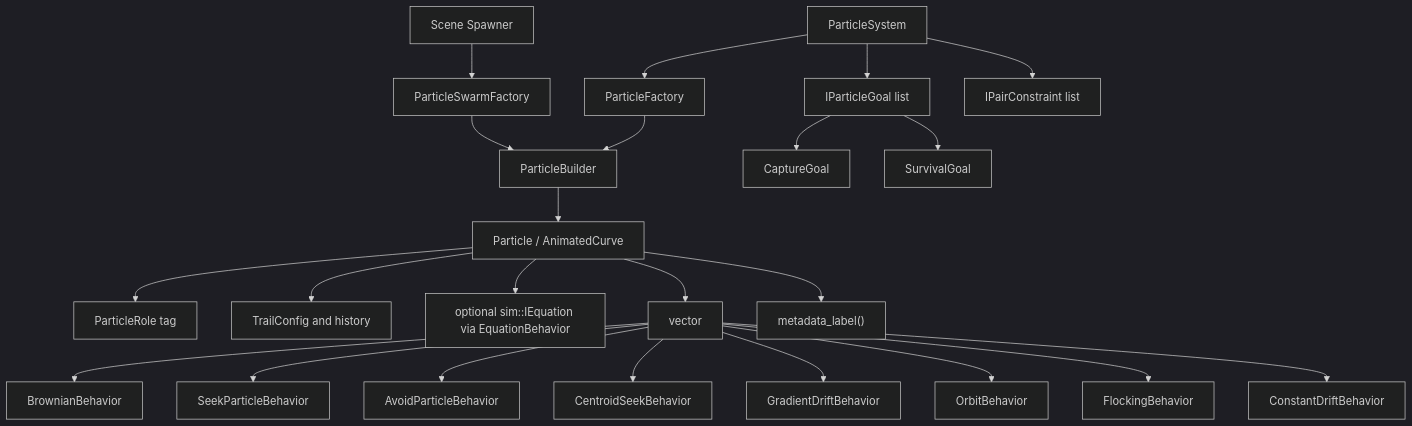
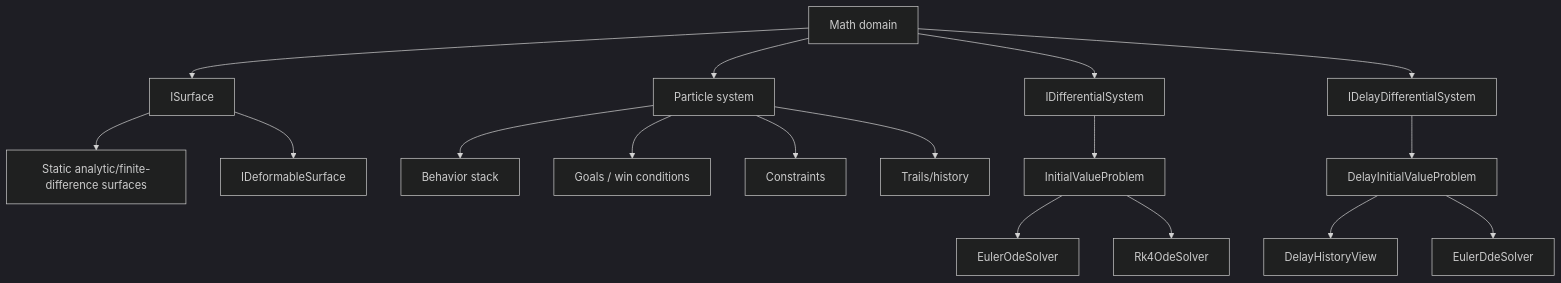
One commit to wsollers/Learning-Real-Analysis changed the seventh of 8 diagrams in nurbs_dde/docs/CURRENT_ARCHITECTURE_DIAGRAM.md. Above: the diagram before and after it, drawn with Mermaid (dark theme). The commit also changed other lines of this file and 39 other files, not shown here.

````diff
--- a/nurbs_dde/docs/CURRENT_ARCHITECTURE_DIAGRAM.md
+++ b/nurbs_dde/docs/CURRENT_ARCHITECTURE_DIAGRAM.md
@@ -207,28 +223,22 @@
 ```mermaid
-graph TB
-    ParticleSystem --> ParticleFactory
-    ParticleFactory --> ParticleBuilder
-    Spawner["Scene Spawner"] --> SwarmFactory["ParticleSwarmFactory"]
-    SwarmFactory --> ParticleBuilder
-    ParticleBuilder --> Particle["Particle / AnimatedCurve"]
+flowchart TD
+    Math["Math domain"] --> Surfaces["ISurface"]
+    Surfaces --> StaticSurface["Static analytic/finite-difference surfaces"]
+    Surfaces --> Deformable["IDeformableSurface"]
 
-    Particle --> Role["ParticleRole tag"]
-    Particle --> Trail["TrailConfig and history"]
-    Particle --> Equation["optional sim::IEquation via EquationBehavior"]
-    Particle --> BehaviorStack["vector<IParticleBehavior>"]
-    Particle --> Metadata["metadata_label()"]
+    Math --> ParticleMath["Particle system"]
+    ParticleMath --> Behaviors["Behavior stack"]
+    ParticleMath --> Goals["Goals / win conditions"]
+    ParticleMath --> Constraints["Constraints"]
+    ParticleMath --> History["Trails/history"]
 
-    BehaviorStack --> Brownian["BrownianBehavior"]
-    BehaviorStack --> Seek["SeekParticleBehavior"]
-    BehaviorStack --> Avoid["AvoidParticleBehavior"]
-    BehaviorStack --> Centroid["CentroidSeekBehavior"]
-    BehaviorStack --> Gradient["GradientDriftBehavior"]
-    BehaviorStack --> Orbit["OrbitBehavior"]
-    BehaviorStack --> Flocking["FlockingBehavior"]
-    BehaviorStack --> ConstantDrift["ConstantDriftBehavior"]
+    Math --> ODE["IDifferentialSystem"]
+    ODE --> IVP["InitialValueProblem"]
+    IVP --> Euler["EulerOdeSolver"]
+    IVP --> RK4["Rk4OdeSolver"]
 
-    ParticleSystem --> Goals["IParticleGoal list"]
-    Goals --> Capture["CaptureGoal"]
-    Goals --> Survival["SurvivalGoal"]
-    ParticleSystem --> PairConstraints["IPairConstraint list"]
+    Math --> DDE["IDelayDifferentialSystem"]
+    DDE --> DDEIVP["DelayInitialValueProblem"]
+    DDEIVP --> DelayHistory["DelayHistoryView"]
+    DDEIVP --> EulerDDE["EulerDdeSolver"]
 ```
````
